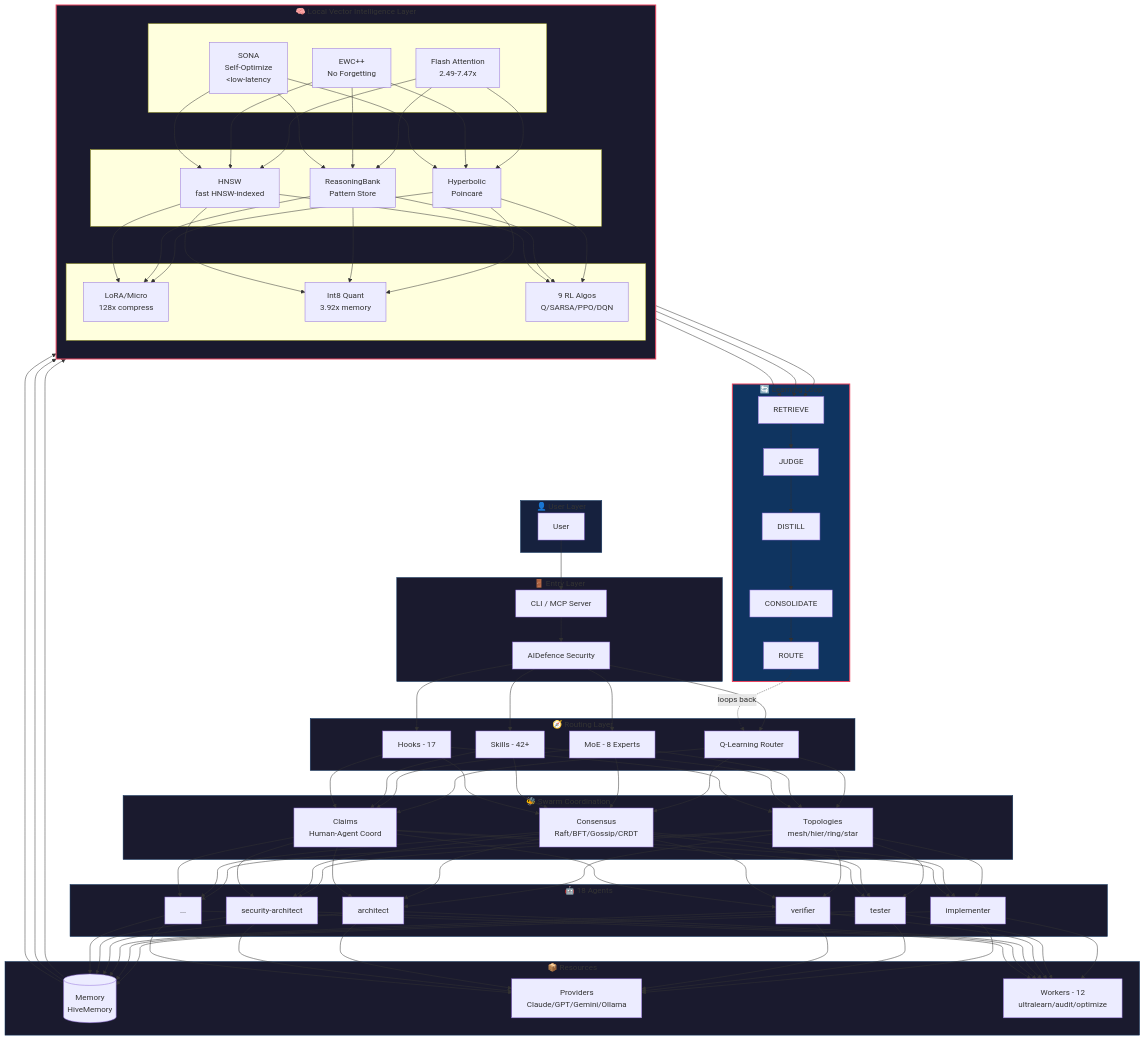
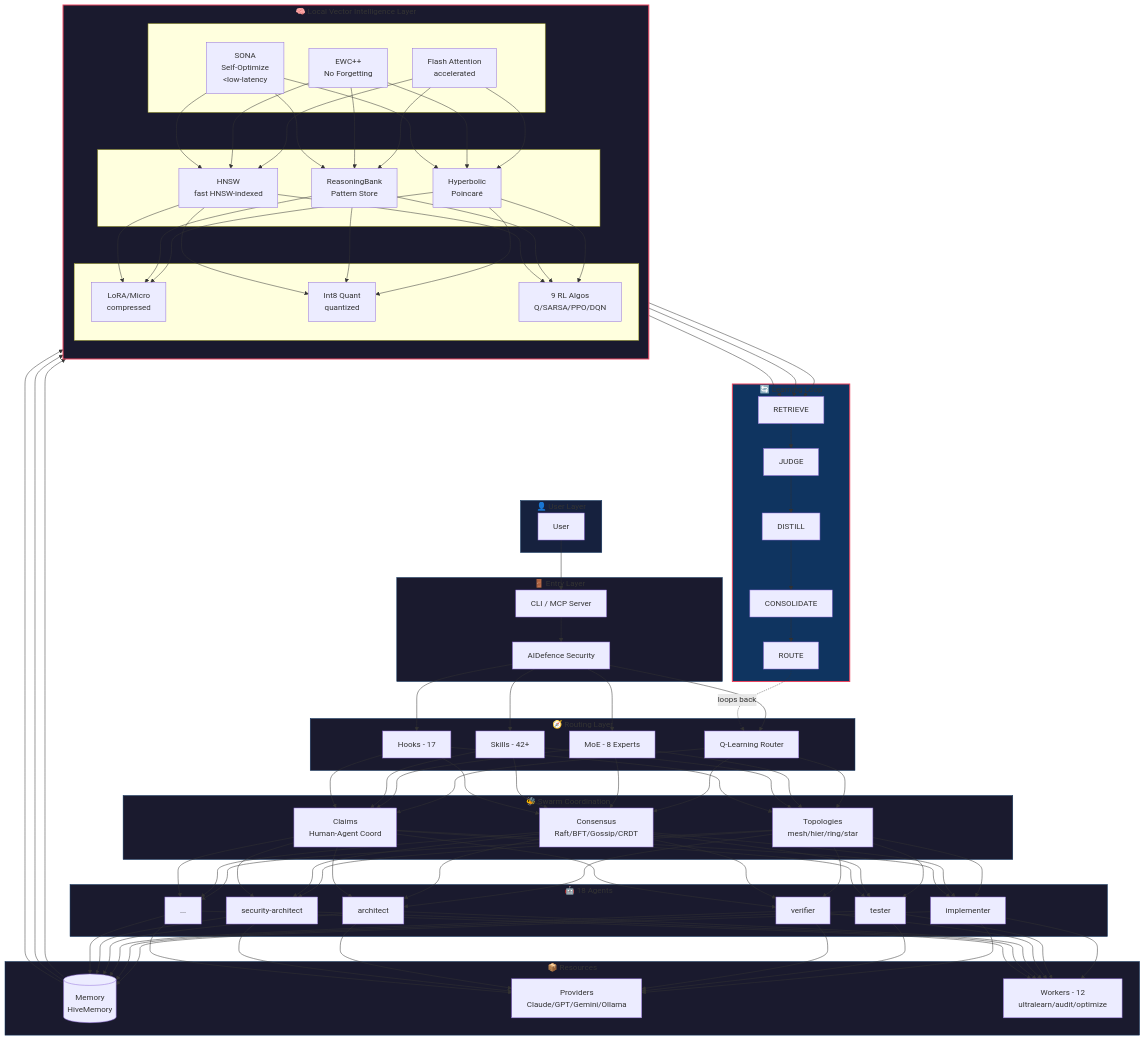
The first of 6 diagrams in v3/@hive-flow/cli/README.md (hypnwtykvmpr/hive-flow), drawn with Mermaid before and after one commit. The commit also changed other lines of this file and 1 other file, not shown here.

```diff
--- a/v3/@hive-flow/cli/README.md
+++ b/v3/@hive-flow/cli/README.md
@@ -71,7 +71,7 @@
         subgraph ROW1[" "]
             SONA[SONA<br/>Self-Optimize<br/>&lt;low-latency]
             EWC[EWC++<br/>No Forgetting]
-            FLASH[Flash Attention<br/>2.49-7.47x]
+            FLASH[Flash Attention<br/>accelerated]
         end
         subgraph ROW2[" "]
             HNSW[HNSW<br/>fast HNSW-indexed]
@@ -79,8 +79,8 @@
             HYP[Hyperbolic<br/>Poincaré]
         end
         subgraph ROW3[" "]
-            LORA[LoRA/Micro<br/>128x compress]
-            QUANT[Int8 Quant<br/>3.92x memory]
+            LORA[LoRA/Micro<br/>compressed]
+            QUANT[Int8 Quant<br/>quantized]
             RL[9 RL Algos<br/>Q/SARSA/PPO/DQN]
         end
     end
```
